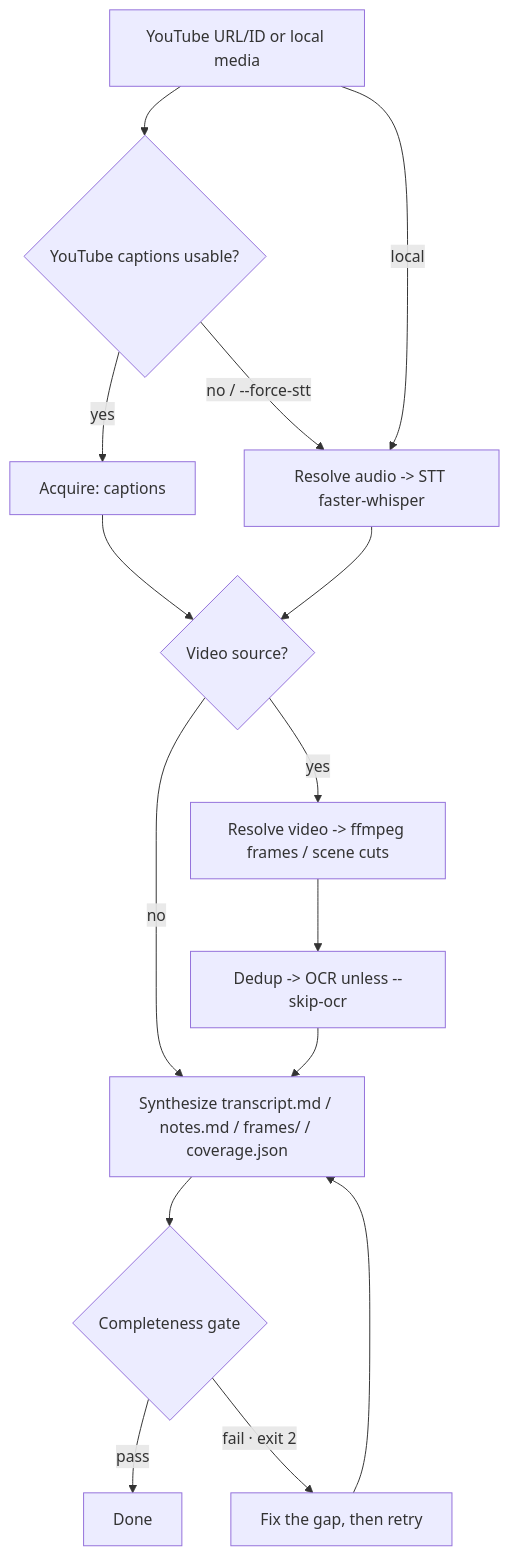
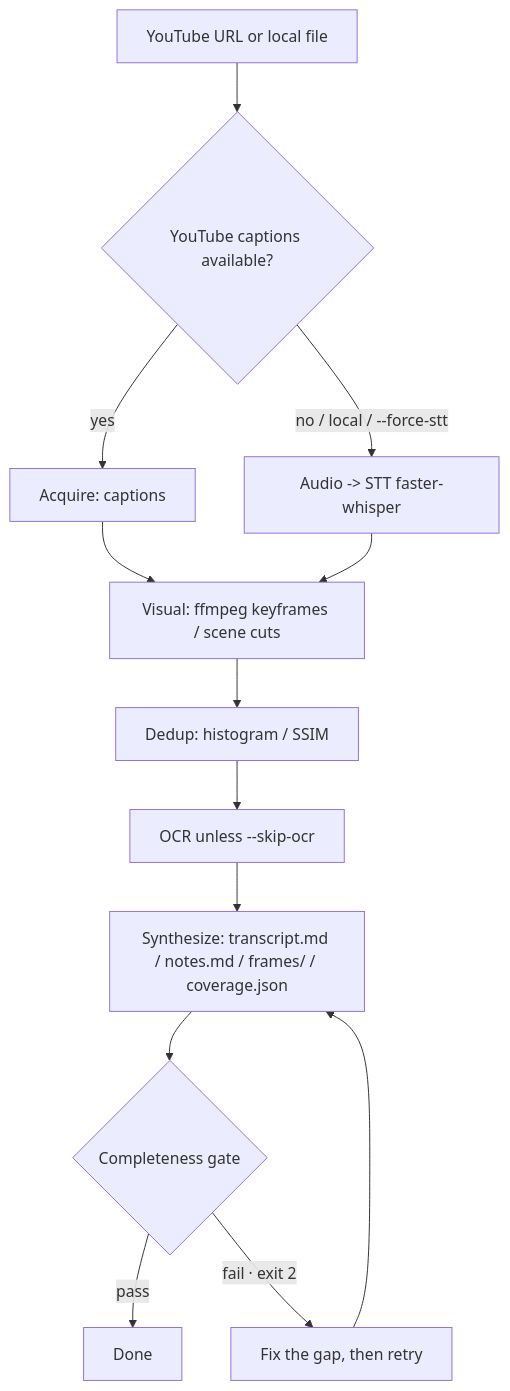
One commit to haesol-shin/lectural changed the diagram in README.md. Above: the diagram before and after it, drawn with Mermaid. The commit also changed other lines of this file and 5 other files, not shown here.

First line of the commit message:
docs: keep local-source docs as feature-only patches

````diff
--- a/README.md
+++ b/README.md
@@ -18,17 +17,15 @@
 ```mermaid
 flowchart TD
-    A[YouTube URL/ID or local media] --> B{YouTube captions usable?}
+    A[YouTube URL or local file] --> B{YouTube captions available?}
     B -->|yes| C[Acquire: captions]
-    B -->|no / --force-stt| D[Resolve audio -> STT faster-whisper]
-    A -->|local| D
-    C --> E{Video source?}
+    B -->|no / local / --force-stt| D[Audio -> STT faster-whisper]
+    C --> E[Visual: ffmpeg keyframes / scene cuts]
     D --> E
-    E -->|yes| F[Resolve video -> ffmpeg frames / scene cuts]
-    E -->|no| H[Synthesize transcript and whole-source notes]
-    F --> G[Dedup -> OCR unless --skip-ocr]
-    G --> H[Synthesize transcript.md / notes.md / frames/ / coverage.json]
+    E --> F[Dedup: histogram / SSIM]
+    F --> G[OCR unless --skip-ocr]
+    G --> H[Synthesize: transcript.md / notes.md / frames/ / coverage.json]
     H --> I{Completeness gate}
     I -->|pass| J[Done]
     I -->|fail · exit 2| K[Fix the gap, then retry]
     K --> H
 ```
````
